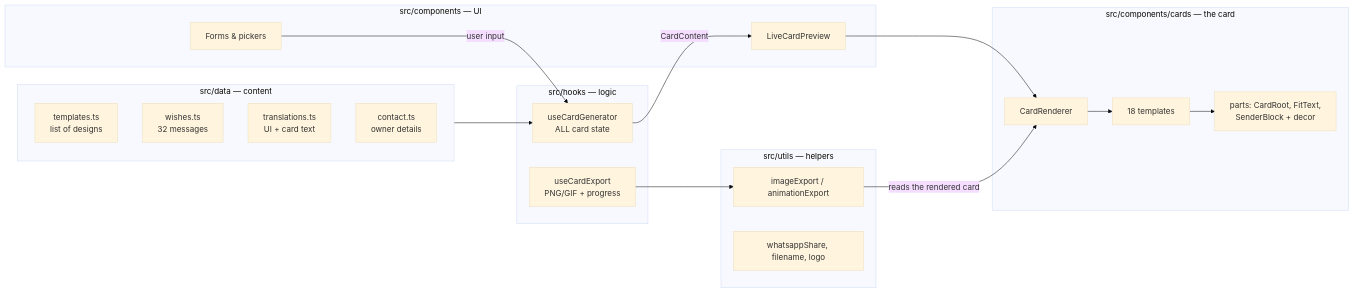
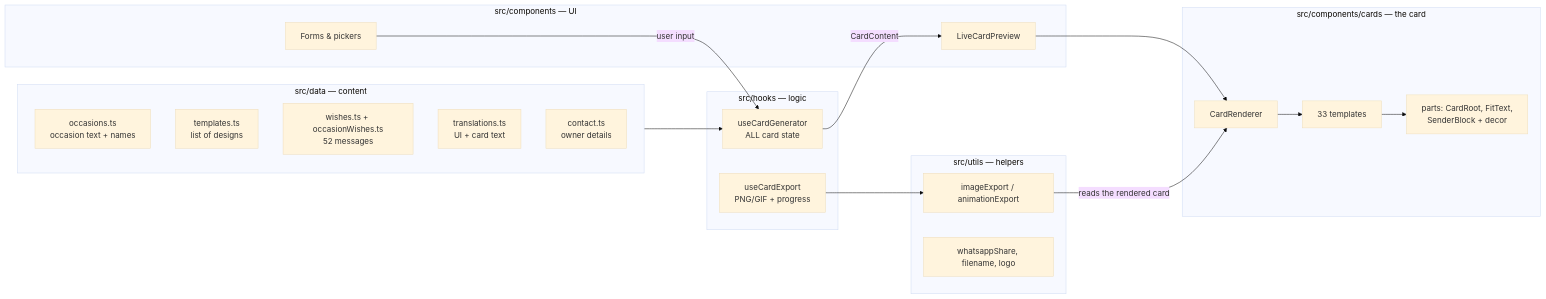
Before and after one commit to saurabhamrutkar07/festive-card-studio: the third of 3 diagrams in docs/02-architecture.md, drawn with Mermaid (base theme). The commit also changed other lines of this file and 27 other files, not shown here.

````diff
--- a/docs/02-architecture.md
+++ b/docs/02-architecture.md
@@ -73,30 +75,31 @@
 ```mermaid
 flowchart LR
     subgraph Data["src/data — content"]
+        T0[occasions.ts<br/>occasion text + names]
         T1[templates.ts<br/>list of designs]
-        T2[wishes.ts<br/>32 messages]
+        T2[wishes.ts + occasionWishes.ts<br/>52 messages]
         T3[translations.ts<br/>UI + card text]
         T4[contact.ts<br/>owner details]
     end
     subgraph Logic["src/hooks — logic"]
         H1[useCardGenerator<br/>ALL card state]
         H2[useCardExport<br/>PNG/GIF + progress]
     end
     subgraph View["src/components — UI"]
         P1[Forms & pickers]
         P2[LiveCardPreview]
     end
     subgraph Card["src/components/cards — the card"]
-        R1[CardRenderer] --> R2[18 templates]
+        R1[CardRenderer] --> R2[33 templates]
         R2 --> R3[parts: CardRoot, FitText,<br/>SenderBlock + decor]
     end
     subgraph Utils["src/utils — helpers"]
         U1[imageExport / animationExport]
         U2[whatsappShare, filename, logo]
     end
     Data --> H1
     P1 -->|user input| H1
     H1 -->|CardContent| P2 --> R1
     H2 --> U1
     U1 -->|reads the rendered card| R1
 ```
````
